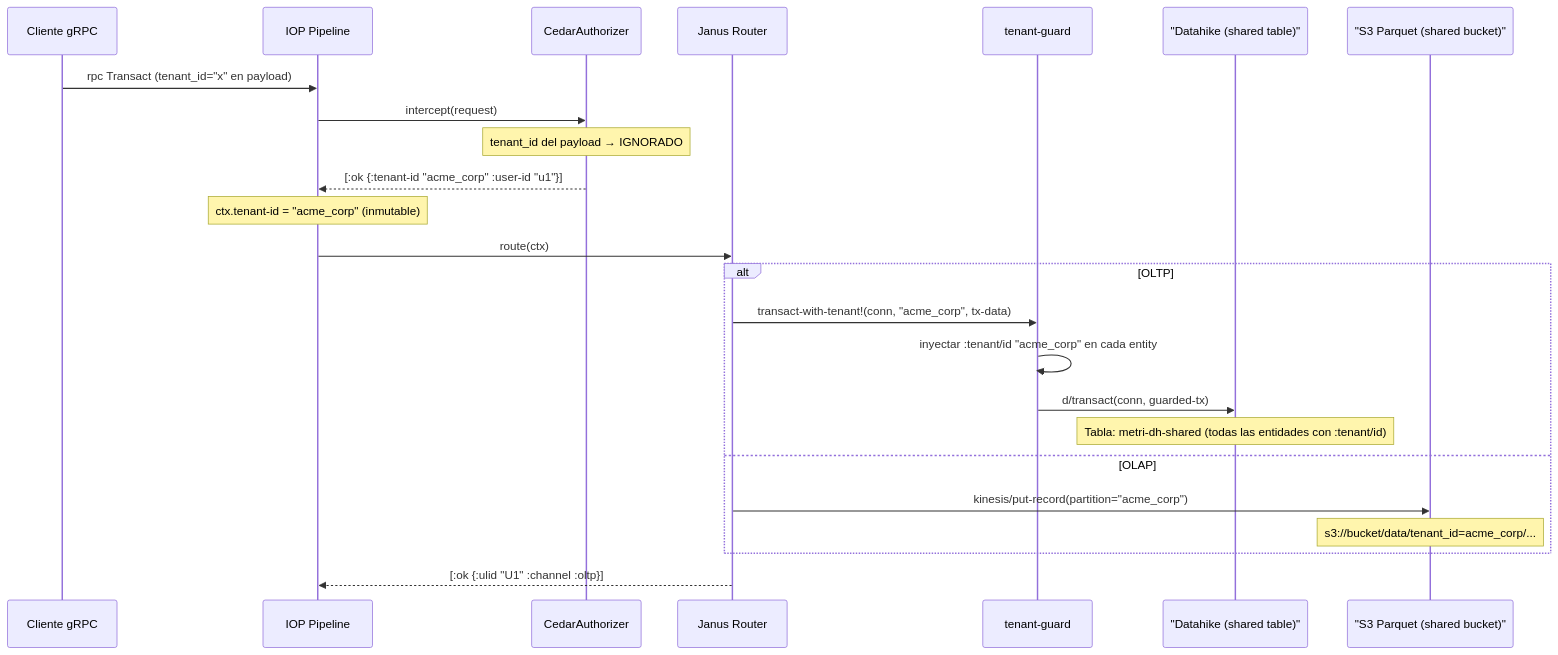
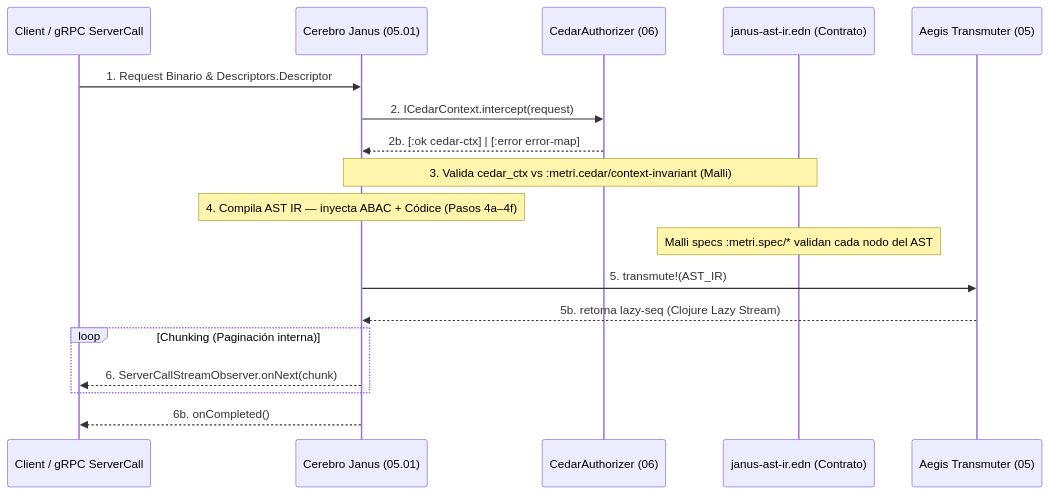
The diagram in docs/architecture/05.01-JANUS.md (metritechnology/metri-engine), drawn with Mermaid before and after one commit. The commit also changed other lines of this file and 733 other files, not shown here.

````diff
--- a/docs/architecture/05.01-JANUS.md
+++ b/docs/architecture/05.01-JANUS.md
@@ -160,31 +20,22 @@
 ```mermaid
 sequenceDiagram
-    participant Client as Cliente gRPC
-    participant IOP as IOP Pipeline
-    participant Cedar as CedarAuthorizer
-    participant Janus as Janus Router
-    participant TG as tenant-guard
-    participant DH as "Datahike (shared table)"
-    participant S3 as "S3 Parquet (shared bucket)"
+    participant gRPC   as Client / gRPC ServerCall
+    participant Janus  as Cerebro Janus (05.01)
+    participant Cedar  as CedarAuthorizer (06)
+    participant AST    as janus-ast-ir.edn (Contrato)
+    participant Aegis  as Aegis Transmuter (05)
 
-    Client->>IOP: rpc Transact (tenant_id="x" en payload)
-    IOP->>Cedar: intercept(request)
-    Note over Cedar: tenant_id del payload → IGNORADO
-    Cedar-->>IOP: [:ok {:tenant-id "acme_corp" :user-id "u1"}]
+    gRPC->>Janus:  1. Request Binario & Descriptors.Descriptor
+    Janus->>Cedar: 2. ICedarContext.intercept(request)
+    Cedar-->>Janus: 2b. [:ok cedar-ctx] | [:error error-map]
+    Note over Janus,AST: 3. Valida cedar_ctx vs :metri.cedar/context-invariant (Malli)
+    Note over Janus: 4. Compila AST IR — inyecta ABAC + Códice (Pasos 4a–4f)
+    Note over AST: Malli specs :metri.spec/* validan cada nodo del AST
+    Janus->>Aegis: 5. transmute!(AST_IR)
+    Aegis-->>Janus: 5b. retorna lazy-seq (Clojure Lazy Stream)
 
-    Note over IOP: ctx.tenant-id = "acme_corp" (inmutable)
-
-    IOP->>Janus: route(ctx)
-
-    alt OLTP
-        Janus->>TG: transact-with-tenant!(conn, "acme_corp", tx-data)
-        TG->>TG: inyectar :tenant/id "acme_corp" en cada entity
-        TG->>DH: d/transact(conn, guarded-tx)
-        Note over DH: Tabla: metri-dh-shared (todas las entidades con :tenant/id)
-    else OLAP
-        Janus->>S3: kinesis/put-record(partition="acme_corp")
-        Note over S3: s3://bucket/data/tenant_id=acme_corp/...
+    loop Chunking (Paginación interna)
+        Janus-->>gRPC: 6. ServerCallStreamObserver.onNext(chunk)
     end
-
-    Janus-->>IOP: [:ok {:ulid "U1" :channel :oltp}]
+    Janus-->>gRPC: 6b. onCompleted()
 ```
````
